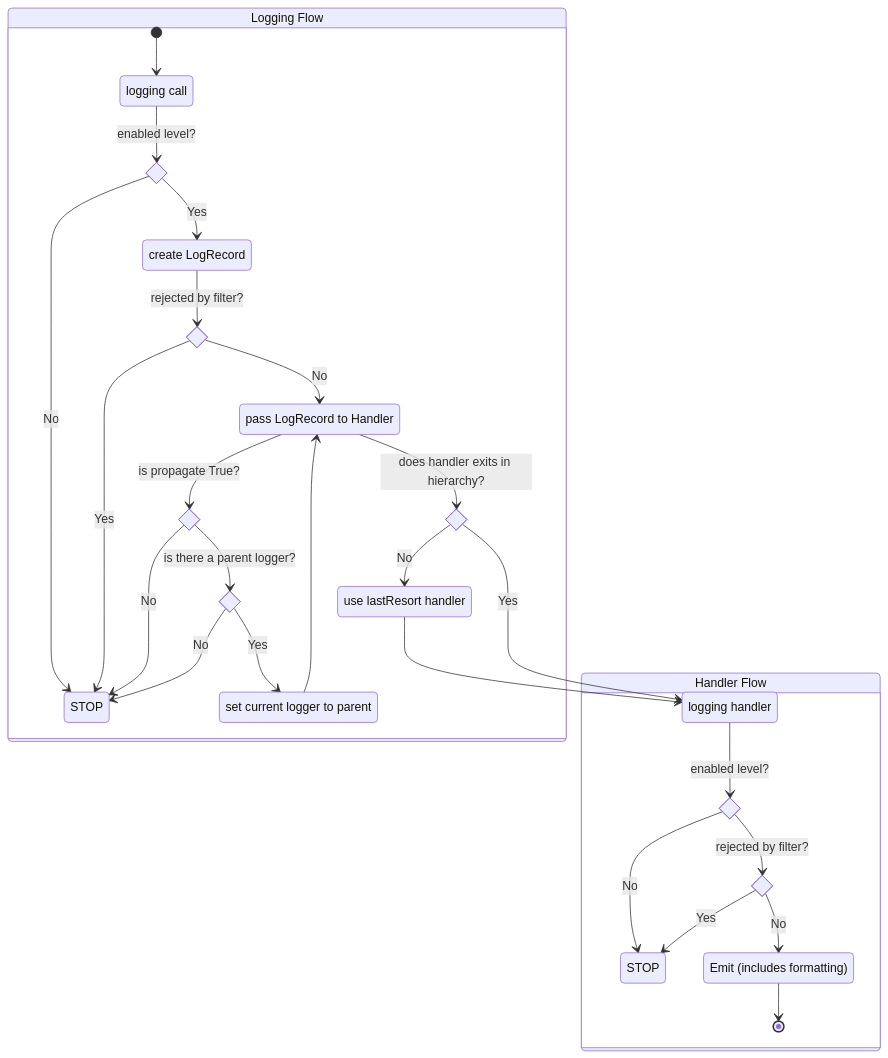
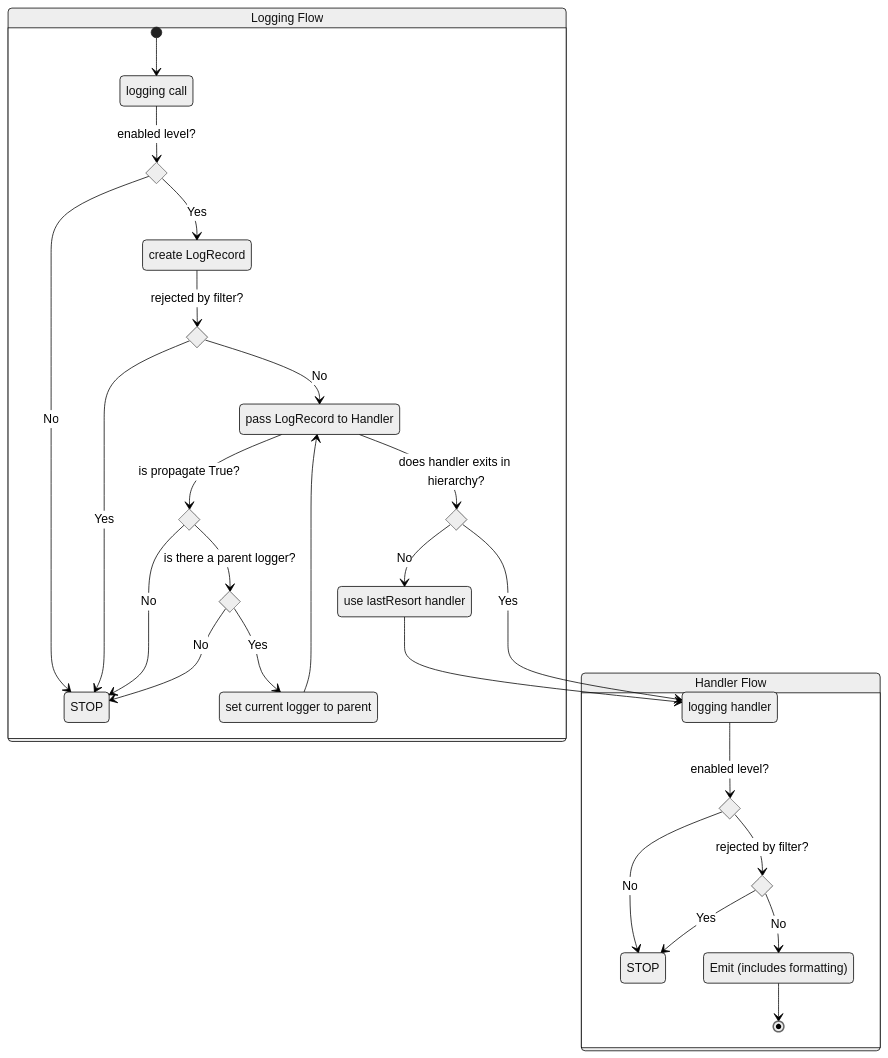
One commit to djccnt15/djccnt15.github.io changed the diagram in docs/blog/posts/2023-09-21-python_logging.md. Above: the diagram before and after it, drawn with Mermaid. The commit also changed 7 other files, not shown here.

Commit message:
update mermaid code block add theme config for preview

````diff
--- a/docs/blog/posts/2023-09-21-python_logging.md
+++ b/docs/blog/posts/2023-09-21-python_logging.md
@@ -26,62 +26,66 @@
 ```mermaid
+---
+config:
+    theme: 'neutral'
+---
 stateDiagram-v2
     logging_flow : Logging Flow
     state logging_flow {
         logging_call : logging call
         [*] --> logging_call
         state enabled_level_logger <<choice>>
         logging_call --> enabled_level_logger : enabled level?
 
         create_LogRecord : create LogRecord
         enabled_level_logger --> create_LogRecord : Yes
         enabled_level_logger --> STOP : No
 
         state rejected_by_filter <<choice>>
         create_LogRecord --> rejected_by_filter : rejected by filter?
 
         pass_to_handler : pass LogRecord to Handler
         rejected_by_filter --> pass_to_handler : No
         rejected_by_filter --> STOP : Yes
 
         state is_propagate <<choice>>
         pass_to_handler --> is_propagate : is propagate True?
 
         is_propagate --> STOP : No
 
         state parent_exist <<choice>>
         is_propagate --> parent_exist : is there a parent logger?
 
         set_current_to_parent : set current logger to parent
         parent_exist --> STOP : No
         parent_exist --> set_current_to_parent : Yes
 
         set_current_to_parent --> pass_to_handler
 
         state handler_exist <<choice>>
         pass_to_handler --> handler_exist : does handler exits in hierarchy?
         
         use_lastResort_handler : use lastResort handler
         handler_exist --> use_lastResort_handler : No
         logging_handler : logging handler
         use_lastResort_handler --> logging_handler
         handler_exist --> logging_handler : Yes
     }
     
     handler_flow : Handler Flow
         state handler_flow {
 
         state enabled_level_handler <<choice>>
 
         stop2: STOP
         enabled_level_handler --> stop2 : No
 
         state rejected_by_filter_handler <<choice>>
         logging_handler --> enabled_level_handler : enabled level?
         enabled_level_handler --> rejected_by_filter_handler : rejected by filter?
         rejected_by_filter_handler --> stop2 : Yes
 
         EMIT : Emit (includes formatting)
         rejected_by_filter_handler --> EMIT : No
         EMIT --> [*]
     }
 ```
````
